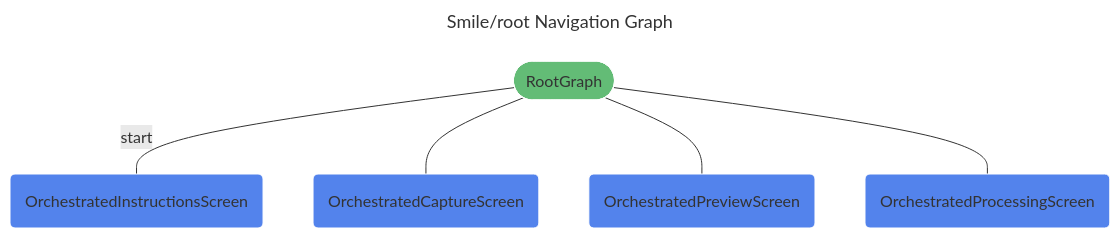
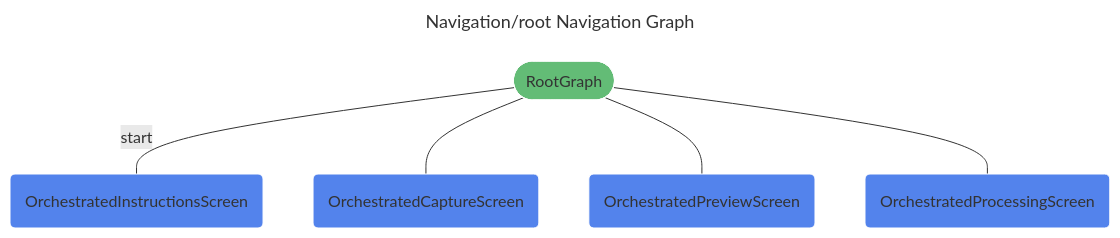
One commit to smileidentity/android changed the diagram in navigation-docs/RootNavGraph.mmd. Above: the diagram before and after it, drawn with Mermaid. The commit also changed 8 other files, not shown here.

```diff
--- a/navigation-docs/RootNavGraph.mmd
+++ b/navigation-docs/RootNavGraph.mmd
@@ -1,15 +1,15 @@
 ---
-title: Smile/root Navigation Graph
+title: Navigation/root Navigation Graph
 ---
 %%{init: {'theme':'base', 'themeVariables': { 'primaryTextColor': '#fff' }}%%
 graph TD
-smile/root(["RootGraph"]) -- "start" --- smile/orchestrated_instructions_screen("OrchestratedInstructionsScreen")
-smile/root(["RootGraph"]) --- smile/orchestrated_capture_screen("OrchestratedCaptureScreen")
-smile/root(["RootGraph"]) --- smile/orchestrated_preview_screen("OrchestratedPreviewScreen")
-smile/root(["RootGraph"]) --- smile/orchestrated_processing_screen("OrchestratedProcessingScreen")
+navigation/root(["RootGraph"]) -- "start" --- navigation/orchestrated_instructions_screen("OrchestratedInstructionsScreen")
+navigation/root(["RootGraph"]) --- navigation/orchestrated_capture_screen("OrchestratedCaptureScreen")
+navigation/root(["RootGraph"]) --- navigation/orchestrated_preview_screen("OrchestratedPreviewScreen")
+navigation/root(["RootGraph"]) --- navigation/orchestrated_processing_screen("OrchestratedProcessingScreen")
 
 
 classDef destination fill:#5383EC,stroke:#ffffff;
-class smile/orchestrated_capture_screen,smile/orchestrated_instructions_screen,smile/orchestrated_preview_screen,smile/orchestrated_processing_screen destination;
+class navigation/orchestrated_capture_screen,navigation/orchestrated_instructions_screen,navigation/orchestrated_preview_screen,navigation/orchestrated_processing_screen destination;
 classDef navgraph fill:#63BC76,stroke:#ffffff;
-class smile/root navgraph;
+class navigation/root navgraph;
```
